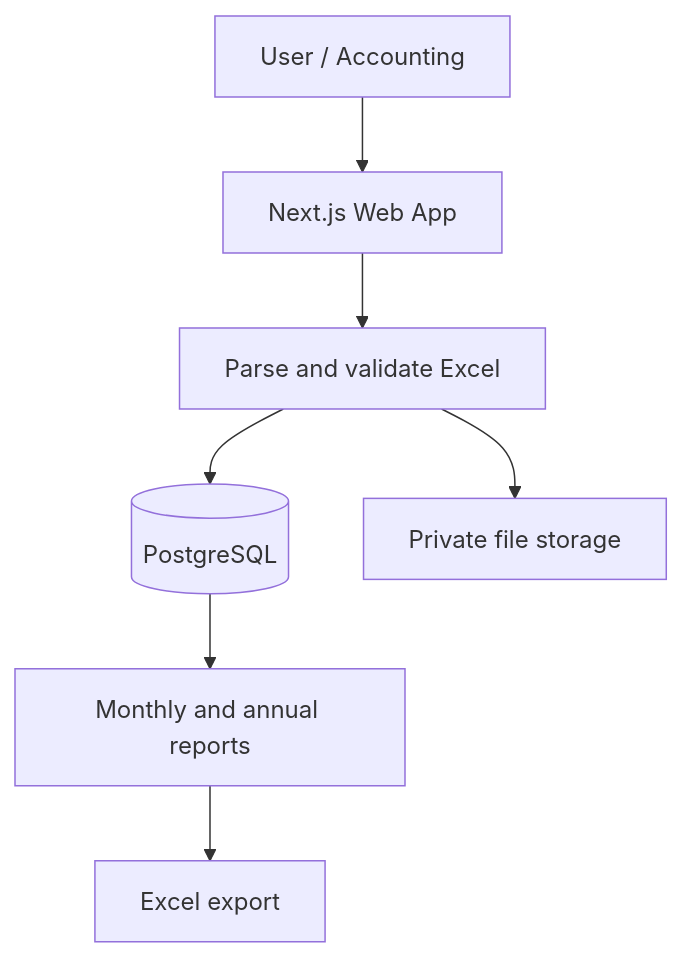
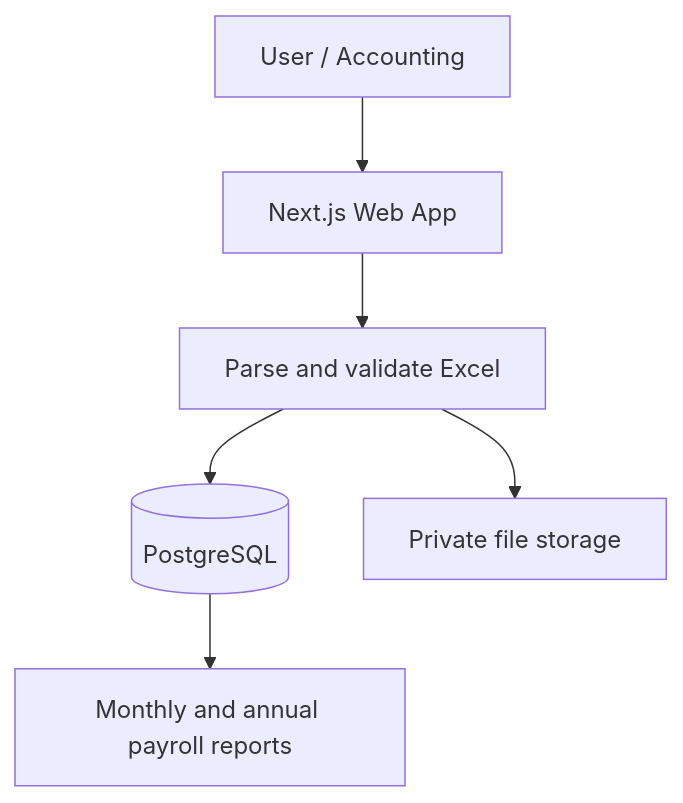
One commit to Ohm5656/NTP-Audit changed the diagram in README.md. Above: the diagram before and after it, drawn with Mermaid. The commit also changed other lines of this file and 32 other files, not shown here.

Commit message:
feat: simplify annual payroll reports

````diff
--- a/README.md
+++ b/README.md
@@ -37,9 +37,8 @@
 ```mermaid
 flowchart TD
     A["User / Accounting"] --> B["Next.js Web App"]
     B --> C["Parse and validate Excel"]
     C --> D[("PostgreSQL")]
     C --> E["Private file storage"]
-    D --> F["Monthly and annual reports"]
-    F --> G["Excel export"]
+    D --> F["Monthly and annual payroll reports"]
 ```
````
